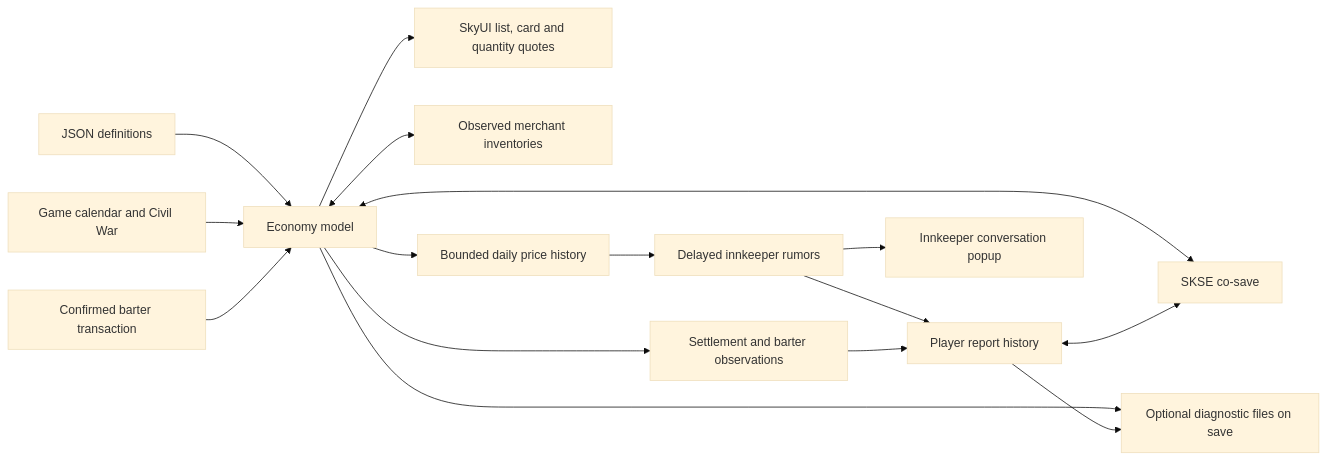
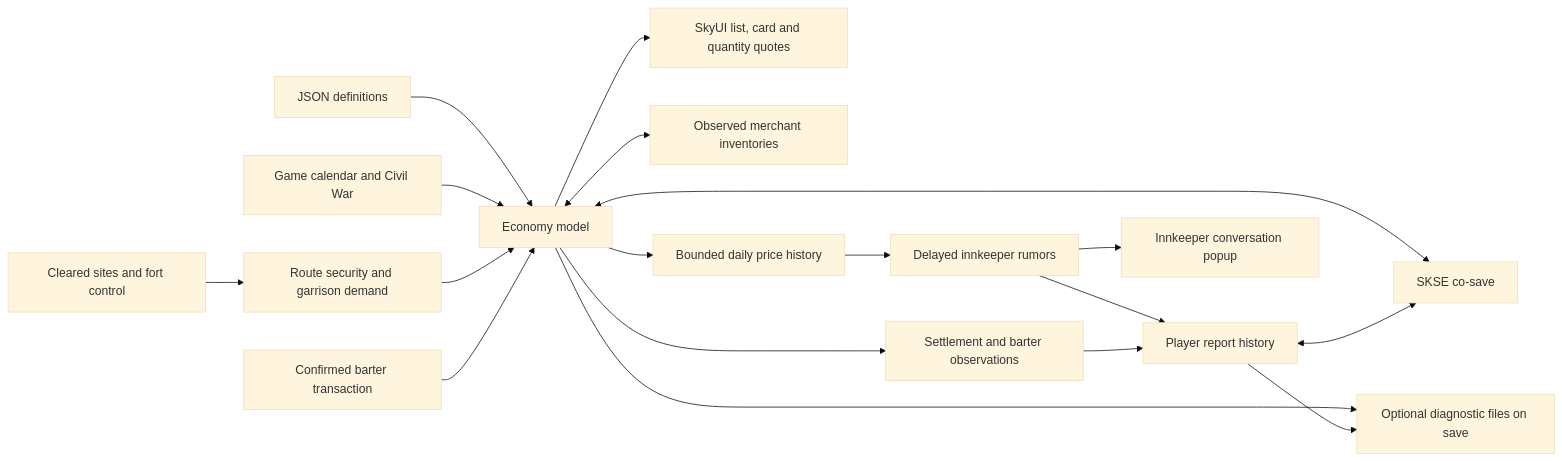
The diagram in docs/ARCHITECTURE.md (opteron-x86/marco-polo), drawn with Mermaid (base theme) before and after one commit. The commit also changed other lines of this file and 19 other files, not shown here.

Commit message:
Add and simulate location-based route security

````diff
--- a/docs/ARCHITECTURE.md
+++ b/docs/ARCHITECTURE.md
@@ -7,18 +7,20 @@
 ```mermaid
 flowchart LR
   Config[JSON definitions] --> Core[Economy model]
   Time[Game calendar and Civil War] --> Core
+  Sites[Cleared sites and fort control] --> Security[Route security and garrison demand]
+  Security --> Core
   Core <--> Save[SKSE co-save]
   Trade[Confirmed barter transaction] --> Core
   Core --> Price[SkyUI list, card and quantity quotes]
   Core <--> Chest[Observed merchant inventories]
   Core --> History[Bounded daily price history]
   History --> News[Delayed innkeeper rumors]
   Core --> Visit[Settlement and barter observations]
   News --> Knowledge[Player report history]
   Visit --> Knowledge
   Knowledge <--> Save
   News --> Popup[Innkeeper conversation popup]
   Core --> Debug[Optional diagnostic files on save]
   Knowledge --> Debug
 ```
````
